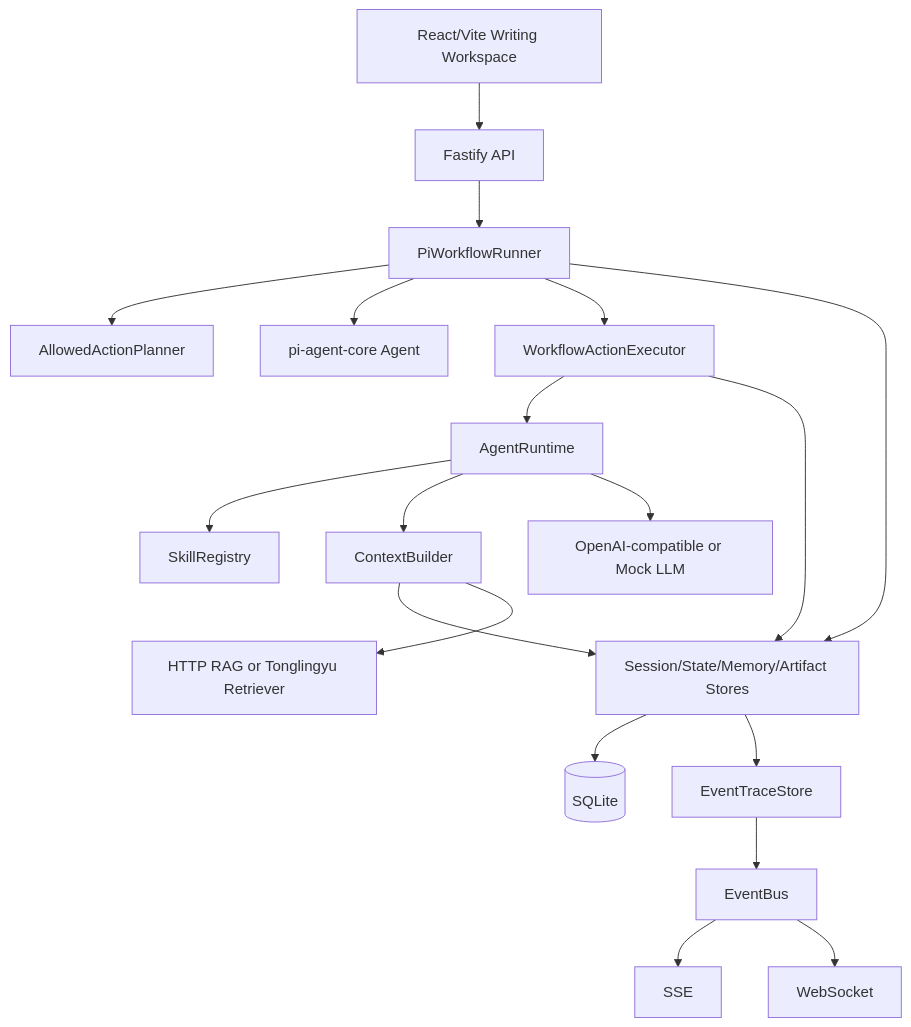
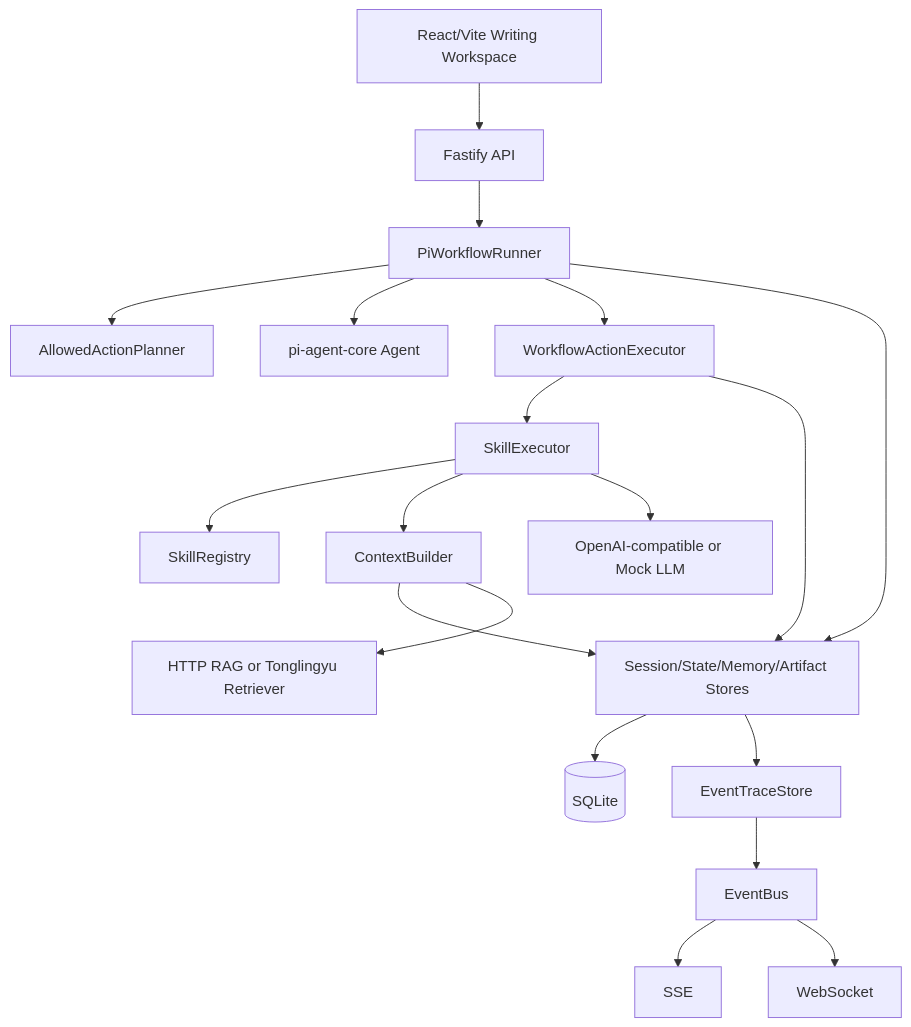
The diagram in docs/technical-architecture.md (simonjiao/writing-assistant), drawn with Mermaid before and after one commit. The commit also changed 10 other files, not shown here.

Commit message:
refactor: rename agent runtime to skill executor

````diff
--- a/docs/technical-architecture.md
+++ b/docs/technical-architecture.md
@@ -5,21 +5,21 @@
 ```mermaid
 flowchart TB
   UI[React/Vite Writing Workspace] --> API[Fastify API]
   API --> Runner[PiWorkflowRunner]
   Runner --> Planner[AllowedActionPlanner]
   Runner --> Agent[pi-agent-core Agent]
   Runner --> Executor[WorkflowActionExecutor]
-  Executor --> Runtime[AgentRuntime]
-  Runtime --> Skills[SkillRegistry]
-  Runtime --> Context[ContextBuilder]
-  Runtime --> LLM[OpenAI-compatible or Mock LLM]
+  Executor --> SkillExec[SkillExecutor]
+  SkillExec --> Skills[SkillRegistry]
+  SkillExec --> Context[ContextBuilder]
+  SkillExec --> LLM[OpenAI-compatible or Mock LLM]
   Context --> Stores[Session/State/Memory/Artifact Stores]
   Context --> Knowledge[HTTP RAG or Tonglingyu Retriever]
   Executor --> Stores
   Runner --> Stores
   Stores --> SQLite[(SQLite)]
   Stores --> Trace[EventTraceStore]
   Trace --> Bus[EventBus]
   Bus --> SSE[SSE]
   Bus --> WS[WebSocket]
 ```
````
